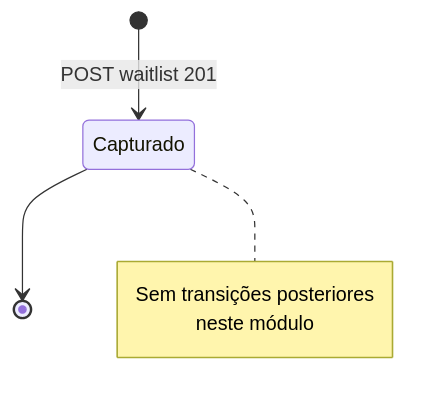
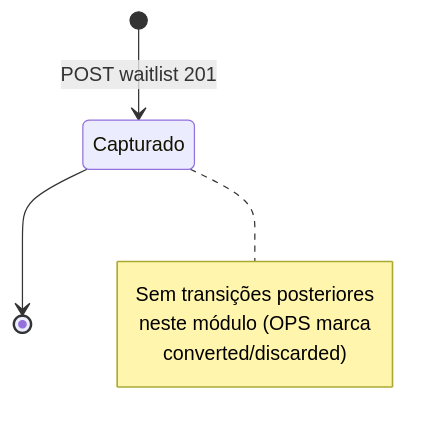
One commit to vinic-asouza/flock changed the third of 5 diagrams in docs/04_modulos/aquisicao.md. Above: the diagram before and after it, drawn with Mermaid. The commit also changed other lines of this file and 72 other files, not shown here.

````diff
--- a/docs/04_modulos/aquisicao.md
+++ b/docs/04_modulos/aquisicao.md
@@ -250,9 +250,10 @@
 ```mermaid
 stateDiagram-v2
   [*] --> Capturado: POST waitlist 201
   Capturado --> [*]
   note right of Capturado
     Sem transições posteriores
-    neste módulo
+    neste módulo (OPS marca
+    converted/discarded)
   end note
 ```
````
